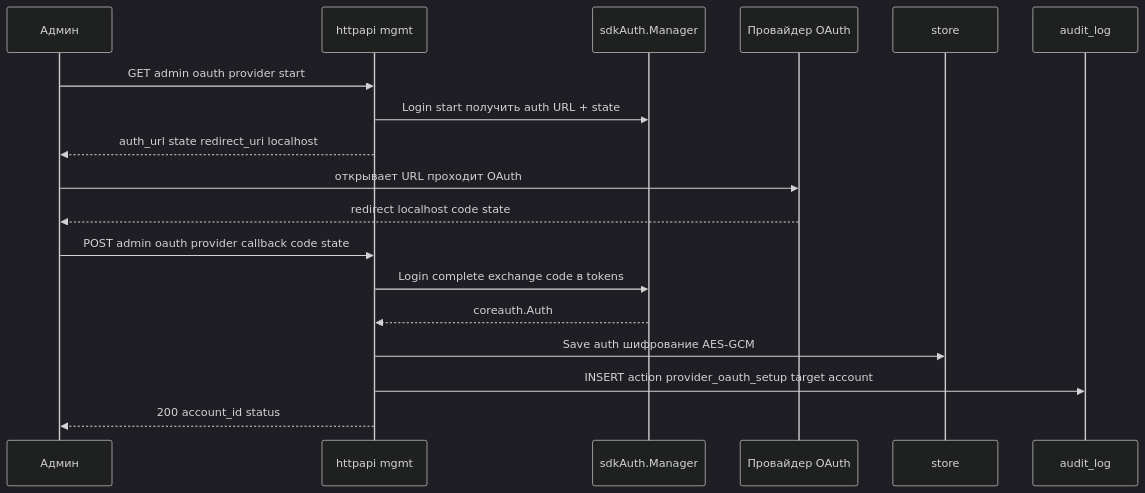
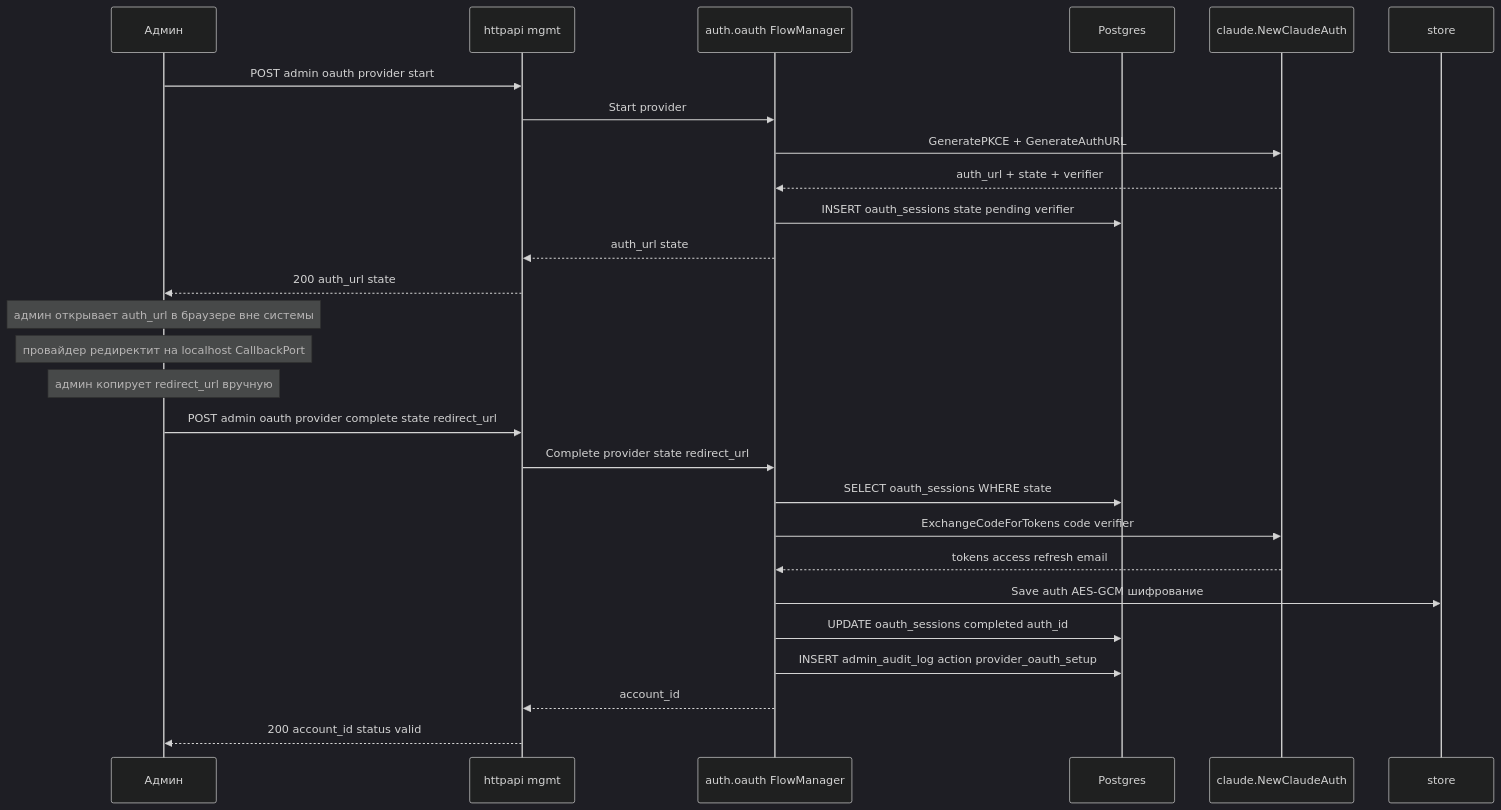
The sixth of 7 diagrams in docs/architecture.md (ilyast91/CLIProxyNew), drawn with Mermaid (dark theme) before and after one commit. The commit also changed other lines of this file and 2 other files, not shown here.

Commit message:
docs: актуализация всех mermaid-диаграмм
Критические (противоречили дизайну/рассинхрон):
1. architecture.md OAuth-sequence (§6): переписана под актуальный R9.A.1 —
   своя реализация через FlowManager (не блокирующий sdkAuth.Manager.Login),
   сессии в Postgres, ручной copy-paste callback
2. database-schema.md ER: добавлена таблица oauth_sessions + связь
   с upstream_accounts; убрана неверная прямая связь admin_audit_log →
   upstream_accounts (target_id полиморфный, без FK)
3. architecture.md overview graph: добавлены новые компоненты auth/ldap,
   auth/oauth (FlowManager), auth/testing (Checker); разделены пакеты;
   service-bind к LDAP явно

Смысловые:
4. wiring: RegisterTokenStore к participant sdkAuth (не config)
5. auto-refresh: убрана точка в participant as (ProviderExecutor.Refresh → ProviderExecutor)
6. overview: LDAP вынесен из DS subgraph (он внешний сервис, не наше хранилище)

Мелкие:
7. inference: сокращена длинная Note over Gin
8. deployment: ConfigMap/Secret ко всем Pod'ам (не только P1)
9. design: A->>Prov (админ действует вне системы) заменён на Note over A
   в callback и device flow

````diff
--- a/docs/architecture.md
+++ b/docs/architecture.md
@@ -218,21 +229,30 @@
 ```mermaid
 sequenceDiagram
     participant A as Админ
     participant H as httpapi mgmt
-    participant Core as sdkAuth.Manager
-    participant Prov as Провайдер OAuth
+    participant FM as auth.oauth FlowManager
+    participant DB as Postgres
+    participant Svc as claude.NewClaudeAuth
     participant Store as store
-    participant Audit as audit_log
 
-    A->>H: GET admin oauth provider start
-    H->>Core: Login start получить auth URL + state
-    H-->>A: auth_url state redirect_uri localhost
-    A->>Prov: открывает URL проходит OAuth
-    Prov-->>A: redirect localhost code state
-    A->>H: POST admin oauth provider callback code state
-    H->>Core: Login complete exchange code в tokens
-    Core-->>H: coreauth.Auth
-    H->>Store: Save auth шифрование AES-GCM
-    H->>Audit: INSERT action provider_oauth_setup target account
-    H-->>A: 200 account_id status
+    A->>H: POST admin oauth provider start
+    H->>FM: Start provider
+    FM->>Svc: GeneratePKCE + GenerateAuthURL
+    Svc-->>FM: auth_url + state + verifier
+    FM->>DB: INSERT oauth_sessions state pending verifier
+    FM-->>H: auth_url state
+    H-->>A: 200 auth_url state
+    Note over A: админ открывает auth_url в браузере вне системы
+    Note over A: провайдер редиректит на localhost CallbackPort
+    Note over A: админ копирует redirect_url вручную
+    A->>H: POST admin oauth provider complete state redirect_url
+    H->>FM: Complete provider state redirect_url
+    FM->>DB: SELECT oauth_sessions WHERE state
+    FM->>Svc: ExchangeCodeForTokens code verifier
+    Svc-->>FM: tokens access refresh email
+    FM->>Store: Save auth AES-GCM шифрование
+    FM->>DB: UPDATE oauth_sessions completed auth_id
+    FM->>DB: INSERT admin_audit_log action provider_oauth_setup
+    FM-->>H: account_id
+    H-->>A: 200 account_id status valid
 ```
````
